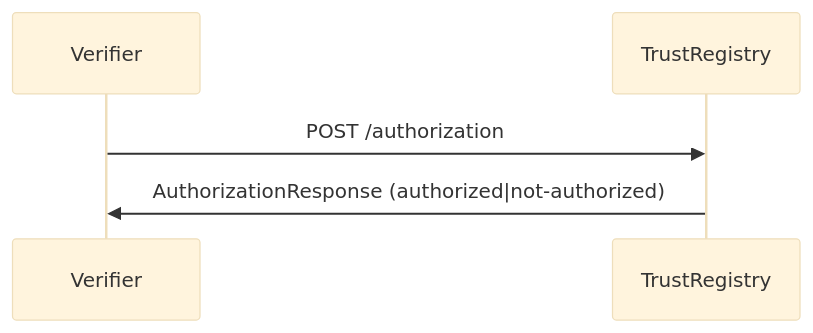
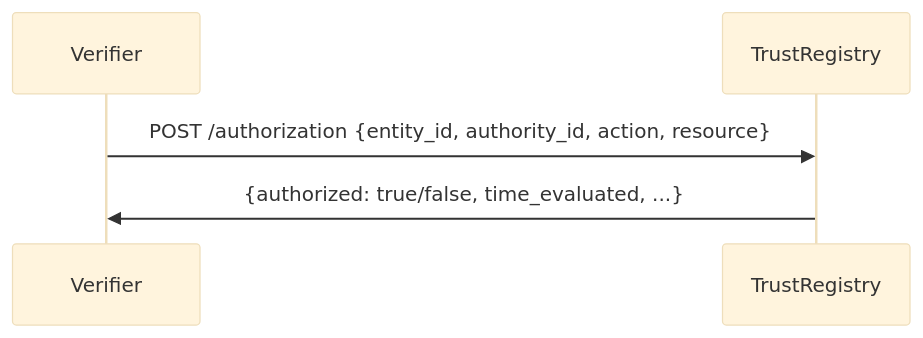
The second of 3 diagrams in guides/implementers_guide.md (ayraforum/ayra-trust-registry-resources), drawn with Mermaid (base theme) before and after one commit. The commit also changed other lines of this file, not shown here.

````diff
--- a/guides/implementers_guide.md
+++ b/guides/implementers_guide.md
@@ -89,7 +116,7 @@
 ```mermaid
 sequenceDiagram
     participant Verifier
     participant TrustRegistry
-    Verifier->>TrustRegistry: POST /authorization
-    TrustRegistry->>Verifier: AuthorizationResponse (authorized|not-authorized)
+    Verifier->>TrustRegistry: POST /authorization {entity_id, authority_id, action, resource}
+    TrustRegistry->>Verifier: {authorized: true/false, time_evaluated, ...}
 ```
````
